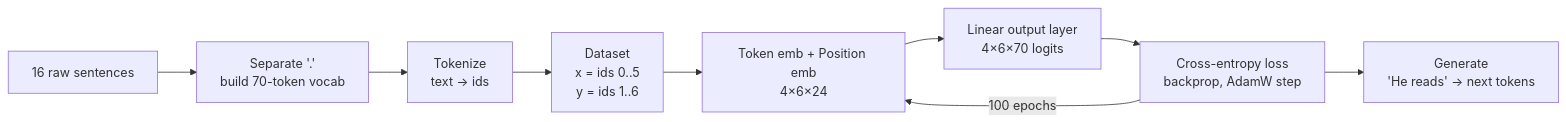
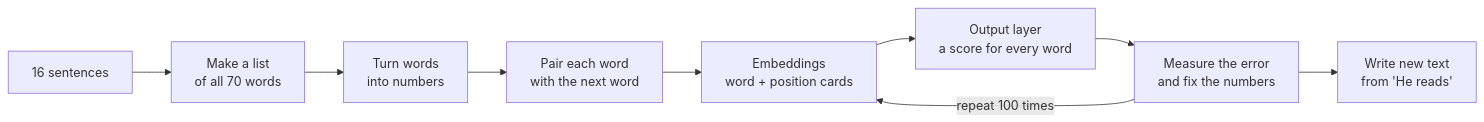
Before and after one commit to sravanipamu/llm-from-scratch-v0-embedding: the diagram in README.md, drawn with Mermaid. The commit also changed other lines of this file, not shown here.

First line of the commit message:
Rewrite README architecture section for beginners

````diff
--- a/README.md
+++ b/README.md
@@ -97,11 +177,11 @@
 ```mermaid
 flowchart LR
-    A[16 raw sentences] --> B[Separate '.'<br/>build 70-token vocab]
-    B --> C[Tokenize<br/>text → ids]
-    C --> D[Dataset<br/>x = ids 0..5<br/>y = ids 1..6]
-    D --> E[Token emb + Position emb<br/>4×6×24]
-    E --> F[Linear output layer<br/>4×6×70 logits]
-    F --> G[Cross-entropy loss<br/>backprop, AdamW step]
-    G -->|100 epochs| E
-    G --> H[Generate<br/>'He reads' → next tokens]
+    A[16 sentences] --> B[Make a list<br/>of all 70 words]
+    B --> C[Turn words<br/>into numbers]
+    C --> D[Pair each word<br/>with the next word]
+    D --> E[Embeddings<br/>word + position cards]
+    E --> F[Output layer<br/>a score for every word]
+    F --> G[Measure the error<br/>and fix the numbers]
+    G -->|repeat 100 times| E
+    G --> H[Write new text<br/>from 'He reads']
 ```
````
